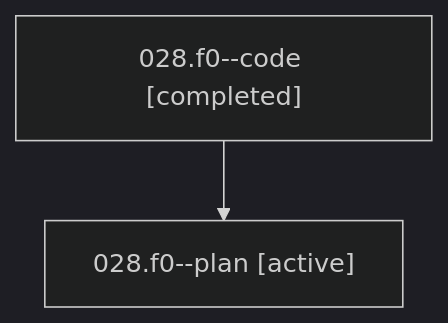
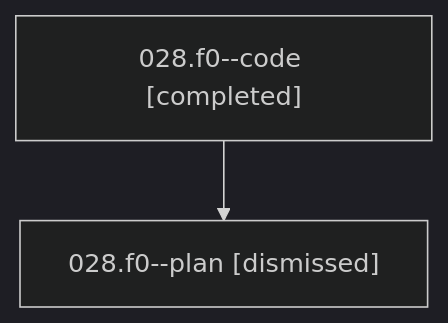
Before and after one commit to bobs-org/bob-cli--agents: the diagram in sessions/bbugyi200.athena.028.f0.md, drawn with Mermaid (dark theme). The commit also changed other lines of this file and 46 other files, not shown here.

````diff
--- a/sessions/bbugyi200.athena.028.f0.md
+++ b/sessions/bbugyi200.athena.028.f0.md
@@ -9,6 +9,6 @@
 ```mermaid
 flowchart TD
   n0["028.f0--code [completed]"]
-  n1["028.f0--plan [active]"]
+  n1["028.f0--plan [dismissed]"]
   n0 --> n1
 ```
````
